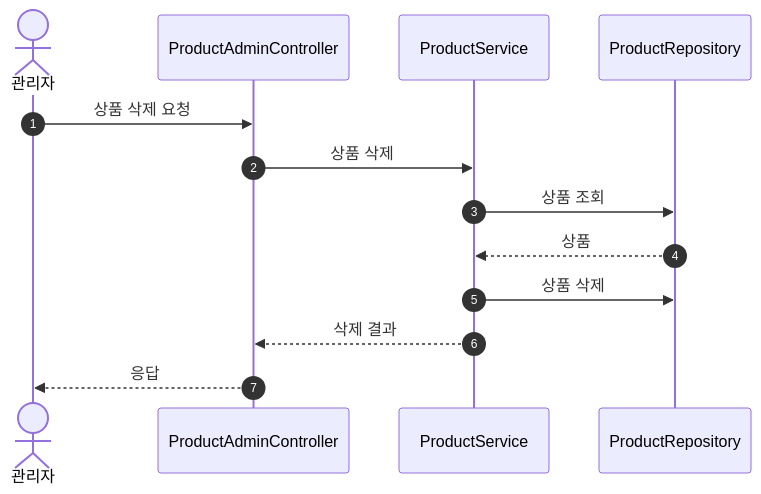
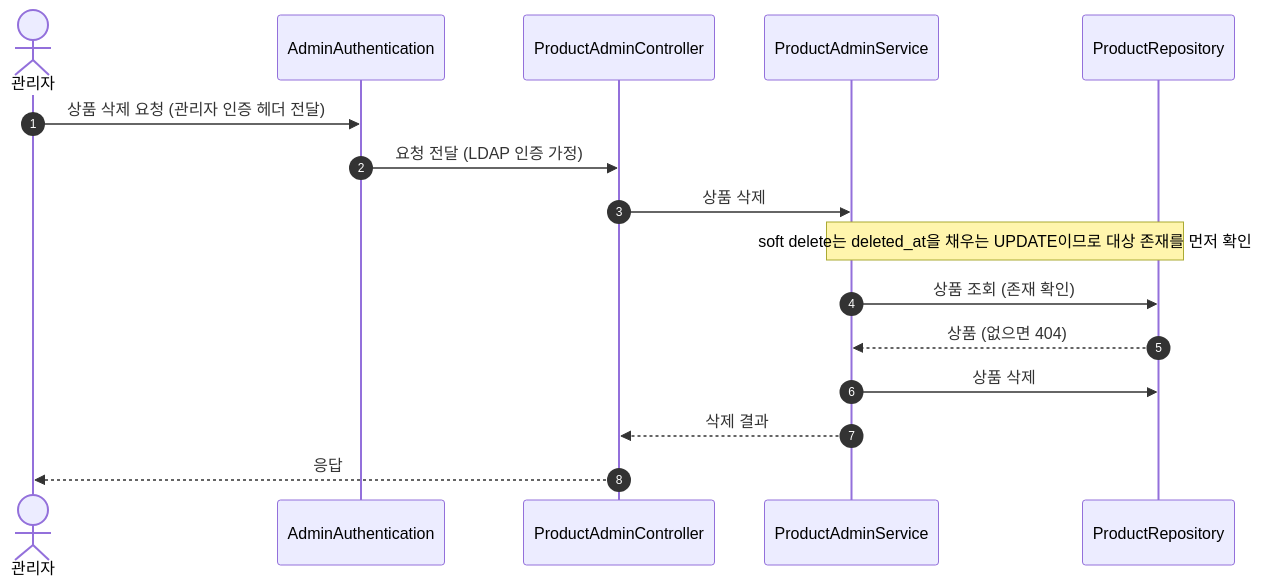
One commit to loopers-labs/loop-pack-be-l2-vol4-java changed the tenth of 17 diagrams in docs/week2/02-sequence-diagrams.md. Above: the diagram before and after it, drawn with Mermaid. The commit also changed other lines of this file and 3 other files, not shown here.

````diff
--- a/docs/week2/02-sequence-diagrams.md
+++ b/docs/week2/02-sequence-diagrams.md
@@ -236,16 +247,19 @@
 ```mermaid
 sequenceDiagram
     autonumber
     actor Admin as 관리자
+    participant Auth as AdminAuthentication
     participant Controller as ProductAdminController
-    participant Service as ProductService
+    participant Service as ProductAdminService
     participant ProductRepository as ProductRepository
 
-    Admin->>Controller: 상품 삭제 요청
+    Admin->>Auth: 상품 삭제 요청 (관리자 인증 헤더 전달)
+    Auth->>Controller: 요청 전달 (LDAP 인증 가정)
     Controller->>Service: 상품 삭제
-    Service->>ProductRepository: 상품 조회
-    ProductRepository-->>Service: 상품
+    Note over Service,ProductRepository: soft delete는 deleted_at을 채우는 UPDATE이므로 대상 존재를 먼저 확인
+    Service->>ProductRepository: 상품 조회 (존재 확인)
+    ProductRepository-->>Service: 상품 (없으면 404)
     Service->>ProductRepository: 상품 삭제
     Service-->>Controller: 삭제 결과
     Controller-->>Admin: 응답
 ```
````
